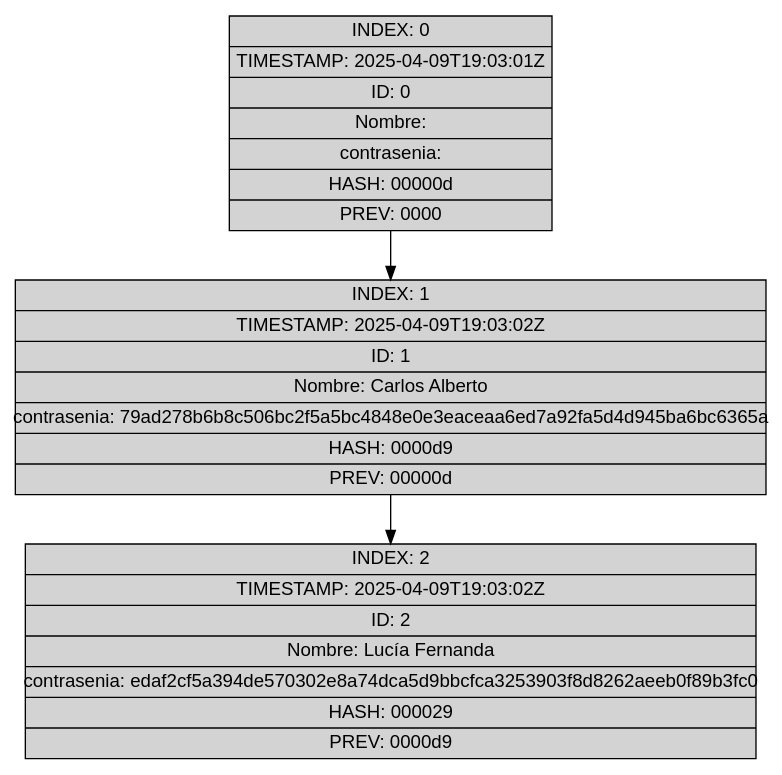
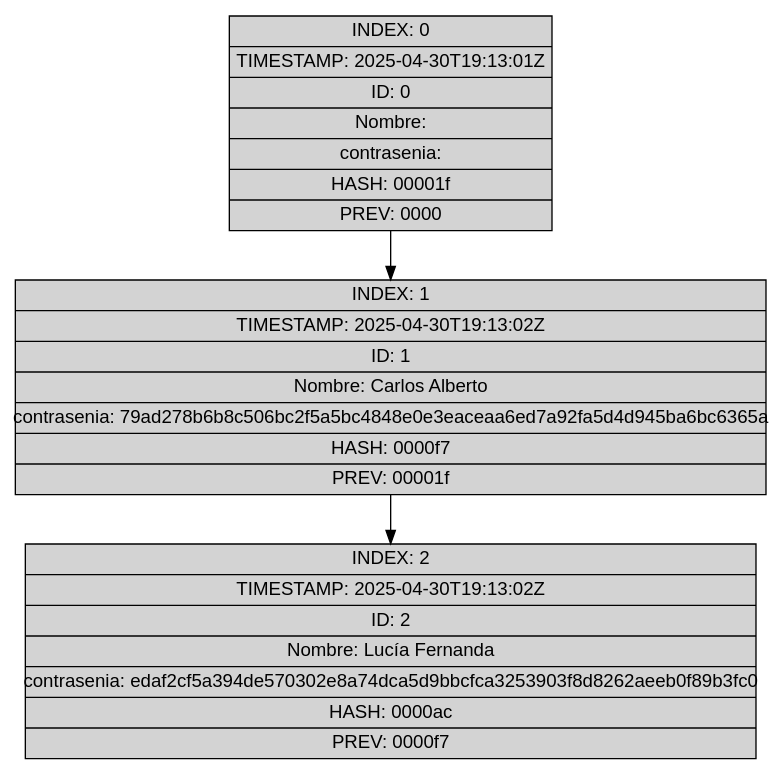
The diagram in clases/clase11/blockchain.dot (MarItzep/EDD-C-1S2025), drawn with Graphviz before and after one commit. The commit also changed 99 other files, not shown here.

```diff
--- a/clases/clase11/blockchain.dot
+++ b/clases/clase11/blockchain.dot
@@ -1,8 +1,8 @@
 digraph Blockchain {
     node [shape=record, style=filled, fontname="Arial"];
-    Block0 [label="{ INDEX: 2 | TIMESTAMP: 2025-04-09T19:03:02Z | ID: 2 | Nombre: Lucía Fernanda| contrasenia: edaf2cf5a394de570302e8a74dca5d9bbcfca3253903f8d8262aeeb0f89b3fc0 | HASH: 000029 | PREV: 0000d9 }"];
-    Block1 [label="{ INDEX: 1 | TIMESTAMP: 2025-04-09T19:03:02Z | ID: 1 | Nombre: Carlos Alberto| contrasenia: 79ad278b6b8c506bc2f5a5bc4848e0e3eaceaa6ed7a92fa5d4d945ba6bc6365a | HASH: 0000d9 | PREV: 00000d }"];
+    Block0 [label="{ INDEX: 2 | TIMESTAMP: 2025-04-30T19:13:02Z | ID: 2 | Nombre: Lucía Fernanda| contrasenia: edaf2cf5a394de570302e8a74dca5d9bbcfca3253903f8d8262aeeb0f89b3fc0 | HASH: 0000ac | PREV: 0000f7 }"];
+    Block1 [label="{ INDEX: 1 | TIMESTAMP: 2025-04-30T19:13:02Z | ID: 1 | Nombre: Carlos Alberto| contrasenia: 79ad278b6b8c506bc2f5a5bc4848e0e3eaceaa6ed7a92fa5d4d945ba6bc6365a | HASH: 0000f7 | PREV: 00001f }"];
     Block1 -> Block0;
-    Block2 [label="{ INDEX: 0 | TIMESTAMP: 2025-04-09T19:03:01Z | ID: 0 | Nombre: | contrasenia:  | HASH: 00000d | PREV: 0000 }"];
+    Block2 [label="{ INDEX: 0 | TIMESTAMP: 2025-04-30T19:13:01Z | ID: 0 | Nombre: | contrasenia:  | HASH: 00001f | PREV: 0000 }"];
     Block2 -> Block1;
 }
```
